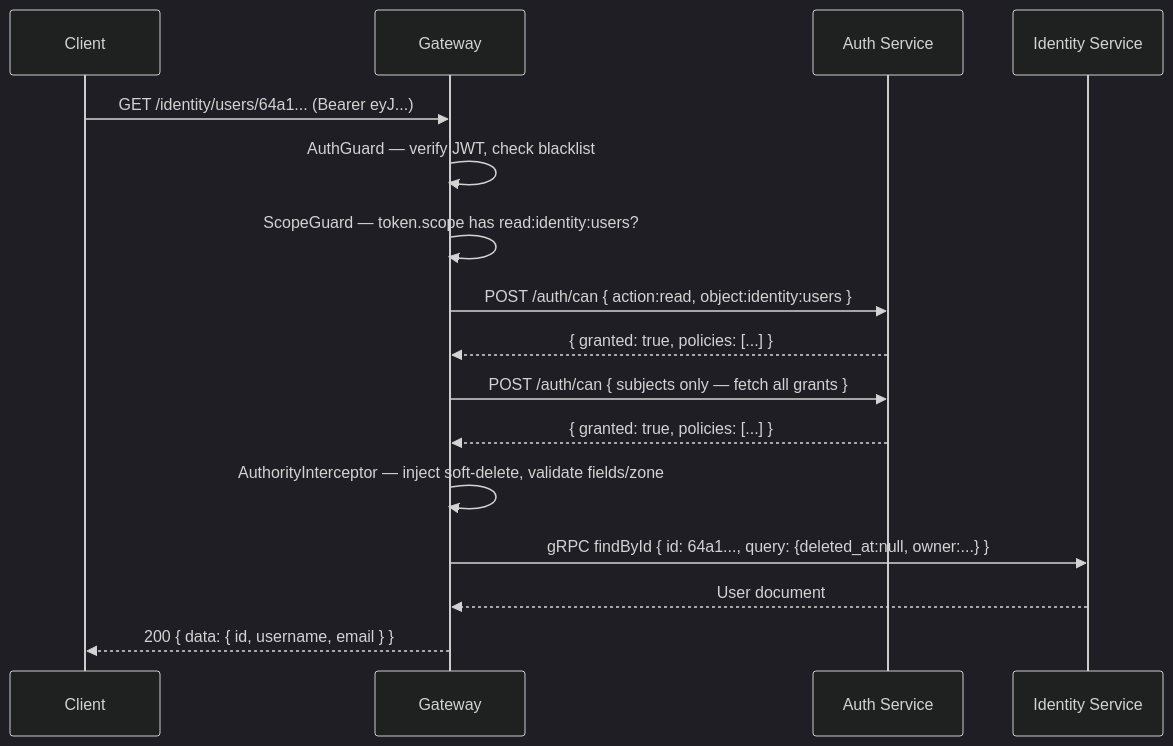
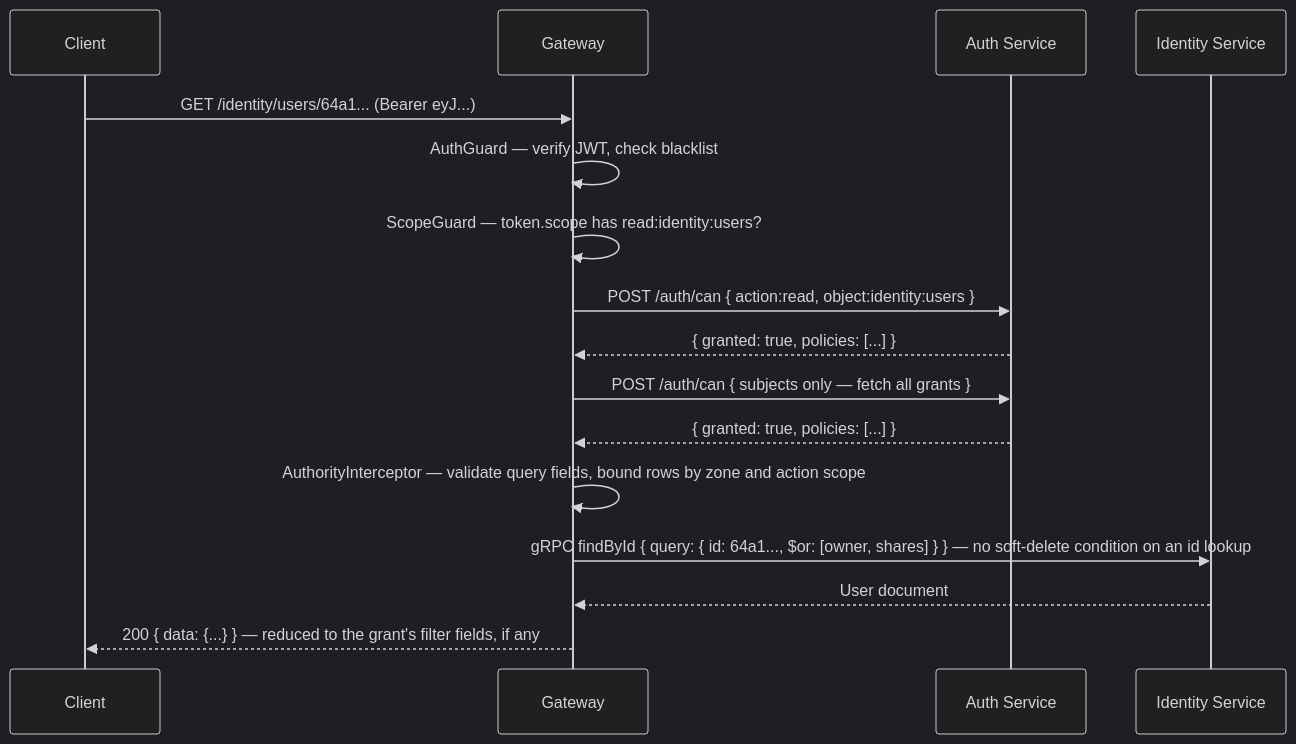
The second of 2 diagrams in api/authorization.md (wenex-org/platform-docs), drawn with Mermaid (dark theme) before and after one commit. The commit also changed other lines of this file and 22 other files, not shown here.

First line of the commit message:
Align the docs with platform code: grant field lists, scoped rows, saga, workers

````diff
--- a/api/authorization.md
+++ b/api/authorization.md
@@ -846,21 +847,21 @@
 ```mermaid
 sequenceDiagram
     accTitle: Authorization walkthrough for reading one user
     accDescr: The gateway verifies the JWT, checks the token scope, asks the auth service twice through POST /auth/can, refines the query, then fetches the user from the identity service over gRPC and returns it.
     participant FE as Client
     participant GW as Gateway
     participant AS as Auth Service
     participant IS as Identity Service
 
     FE->>GW: GET /identity/users/64a1... (Bearer eyJ...)
     GW->>GW: AuthGuard — verify JWT, check blacklist
     GW->>GW: ScopeGuard — token.scope has read:identity:users?
     GW->>AS: POST /auth/can { action:read, object:identity:users }
     AS-->>GW: { granted: true, policies: [...] }
     GW->>AS: POST /auth/can { subjects only — fetch all grants }
     AS-->>GW: { granted: true, policies: [...] }
-    GW->>GW: AuthorityInterceptor — inject soft-delete, validate fields/zone
-    GW->>IS: gRPC findById { id: 64a1..., query: {deleted_at:null, owner:...} }
+    GW->>GW: AuthorityInterceptor — validate query fields, bound rows by zone and action scope
+    GW->>IS: gRPC findById { query: { id: 64a1..., $or: [owner, shares] } } — no soft-delete condition on an id lookup
     IS-->>GW: User document
-    GW-->>FE: 200 { data: { id, username, email } }
+    GW-->>FE: 200 { data: {...} } — reduced to the grant's filter fields, if any
 ```
````
